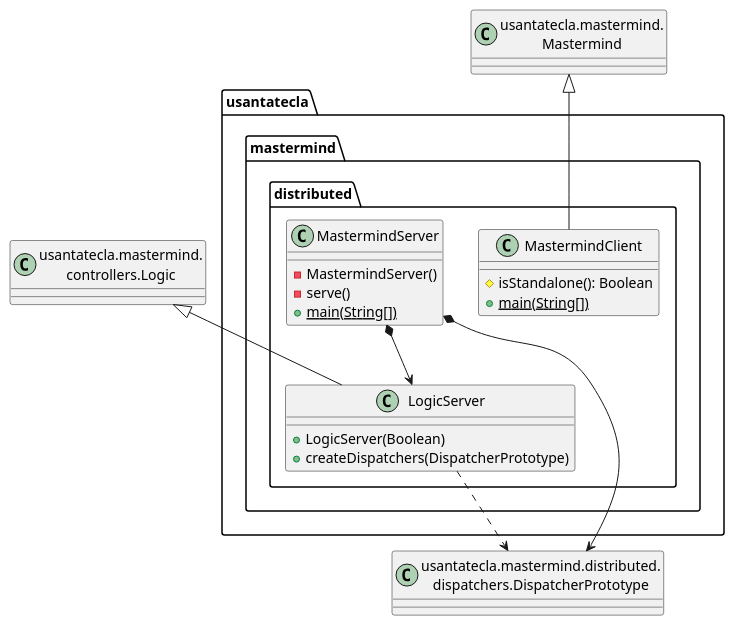
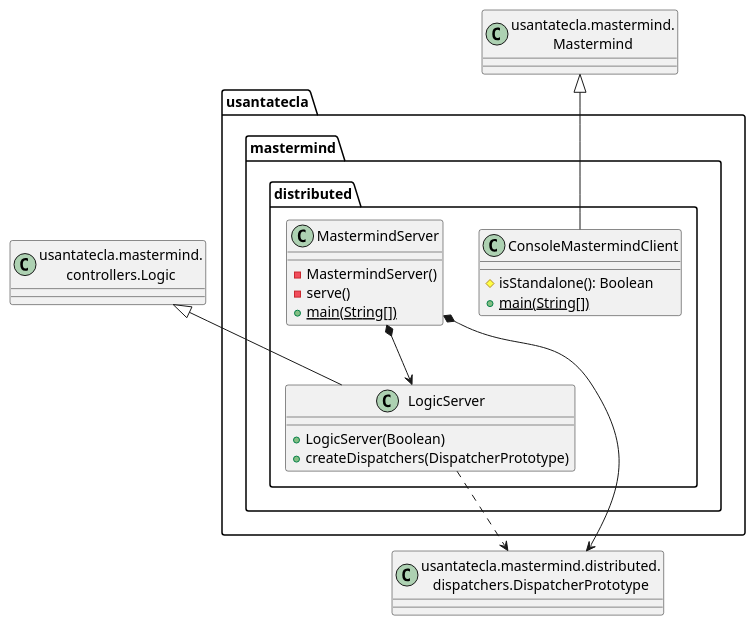
Before and after one commit to SantaTecla-mastermind/solution.java.swing.socket.sql: the sixth of 8 diagrams in modelViewPresenter/presentationModel/withoutProxy/docs/diagrams/src/paquetes.plantuml, drawn with PlantUML. The commit also changed other lines of this file and 191 other files, not shown here.

```diff
--- a/modelViewPresenter/presentationModel/withoutProxy/docs/diagrams/src/paquetes.plantuml
+++ b/modelViewPresenter/presentationModel/withoutProxy/docs/diagrams/src/paquetes.plantuml
@@ -493,29 +493,29 @@
 @startuml usantatecla.mastermind.distributed
 
 class Logic as "usantatecla.mastermind.\ncontrollers.Logic"
 class Mastermind as "usantatecla.mastermind.\nMastermind"
 class DispatcherPrototype as "usantatecla.mastermind.distributed.\ndispatchers.DispatcherPrototype"
 
 class  usantatecla.mastermind.distributed.LogicServer{
     + LogicServer(Boolean)
     + createDispatchers(DispatcherPrototype)
 }
 
 Logic <|-down- usantatecla.mastermind.distributed.LogicServer
 usantatecla.mastermind.distributed.LogicServer .down.> DispatcherPrototype
 
-class  usantatecla.mastermind.distributed.MastermindClient{
+class  usantatecla.mastermind.distributed.ConsoleMastermindClient{
     # isStandalone(): Boolean
     + {static} main(String[])
 }
-Mastermind <|-down- usantatecla.mastermind.distributed.MastermindClient
+Mastermind <|-down- usantatecla.mastermind.distributed.ConsoleMastermindClient
 
 class usantatecla.mastermind.distributed.MastermindServer{
     - MastermindServer()
     - serve()
     + {static} main(String[])
 }
 usantatecla.mastermind.distributed.MastermindServer *-down-> DispatcherPrototype
 usantatecla.mastermind.distributed.MastermindServer *-down-> usantatecla.mastermind.distributed.LogicServer
 
 @enduml
```
